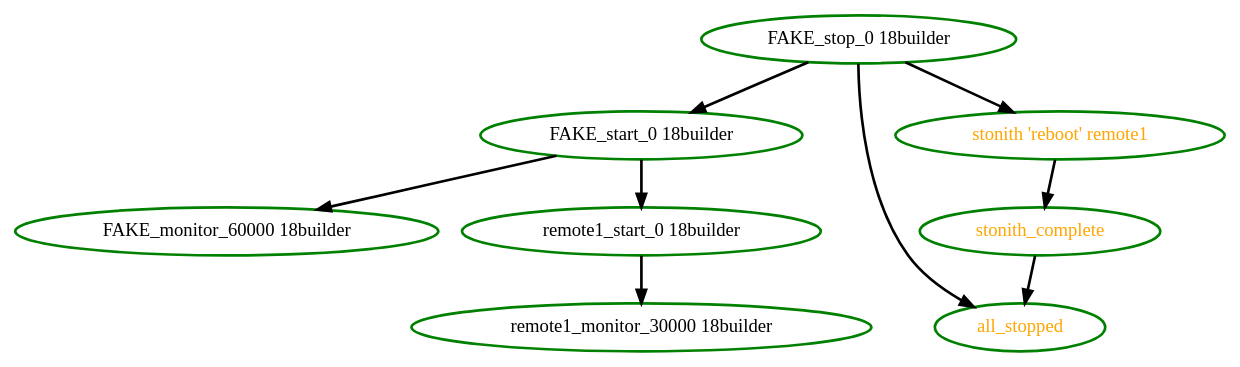
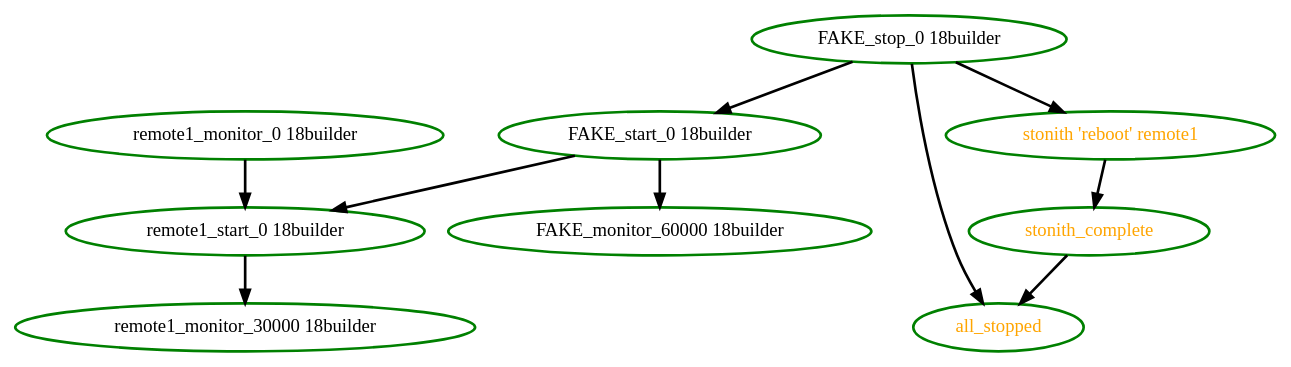
Before and after one commit to ClusterLabs/pacemaker: the diagram in pengine/test10/whitebox-unexpectedly-running.dot, drawn with Graphviz. The commit also changed 23 other files, not shown here.

```diff
--- a/pengine/test10/whitebox-unexpectedly-running.dot
+++ b/pengine/test10/whitebox-unexpectedly-running.dot
@@ -1,18 +1,20 @@
  digraph "g" {
 "FAKE_monitor_60000 18builder" [ style=bold color="green" fontcolor="black"]
 "FAKE_start_0 18builder" -> "FAKE_monitor_60000 18builder" [ style = bold]
 "FAKE_start_0 18builder" -> "remote1_start_0 18builder" [ style = bold]
 "FAKE_start_0 18builder" [ style=bold color="green" fontcolor="black"]
 "FAKE_stop_0 18builder" -> "FAKE_start_0 18builder" [ style = bold]
 "FAKE_stop_0 18builder" -> "all_stopped" [ style = bold]
 "FAKE_stop_0 18builder" -> "stonith 'reboot' remote1" [ style = bold]
 "FAKE_stop_0 18builder" [ style=bold color="green" fontcolor="black"]
 "all_stopped" [ style=bold color="green" fontcolor="orange"]
+"remote1_monitor_0 18builder" -> "remote1_start_0 18builder" [ style = bold]
+"remote1_monitor_0 18builder" [ style=bold color="green" fontcolor="black"]
 "remote1_monitor_30000 18builder" [ style=bold color="green" fontcolor="black"]
 "remote1_start_0 18builder" -> "remote1_monitor_30000 18builder" [ style = bold]
 "remote1_start_0 18builder" [ style=bold color="green" fontcolor="black"]
 "stonith 'reboot' remote1" -> "stonith_complete" [ style = bold]
 "stonith 'reboot' remote1" [ style=bold color="green" fontcolor="orange"]
 "stonith_complete" -> "all_stopped" [ style = bold]
 "stonith_complete" [ style=bold color="green" fontcolor="orange"]
 }
```
